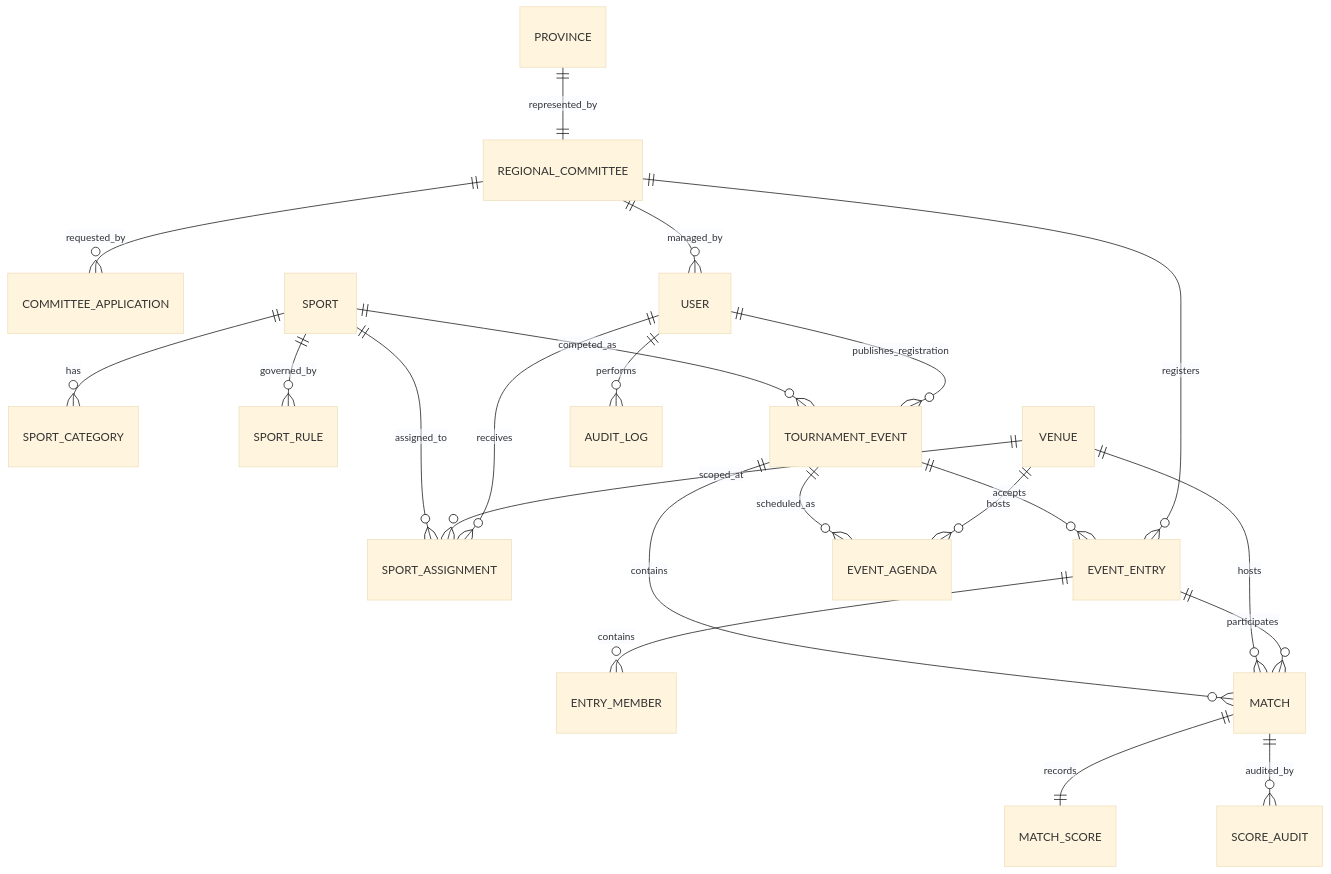
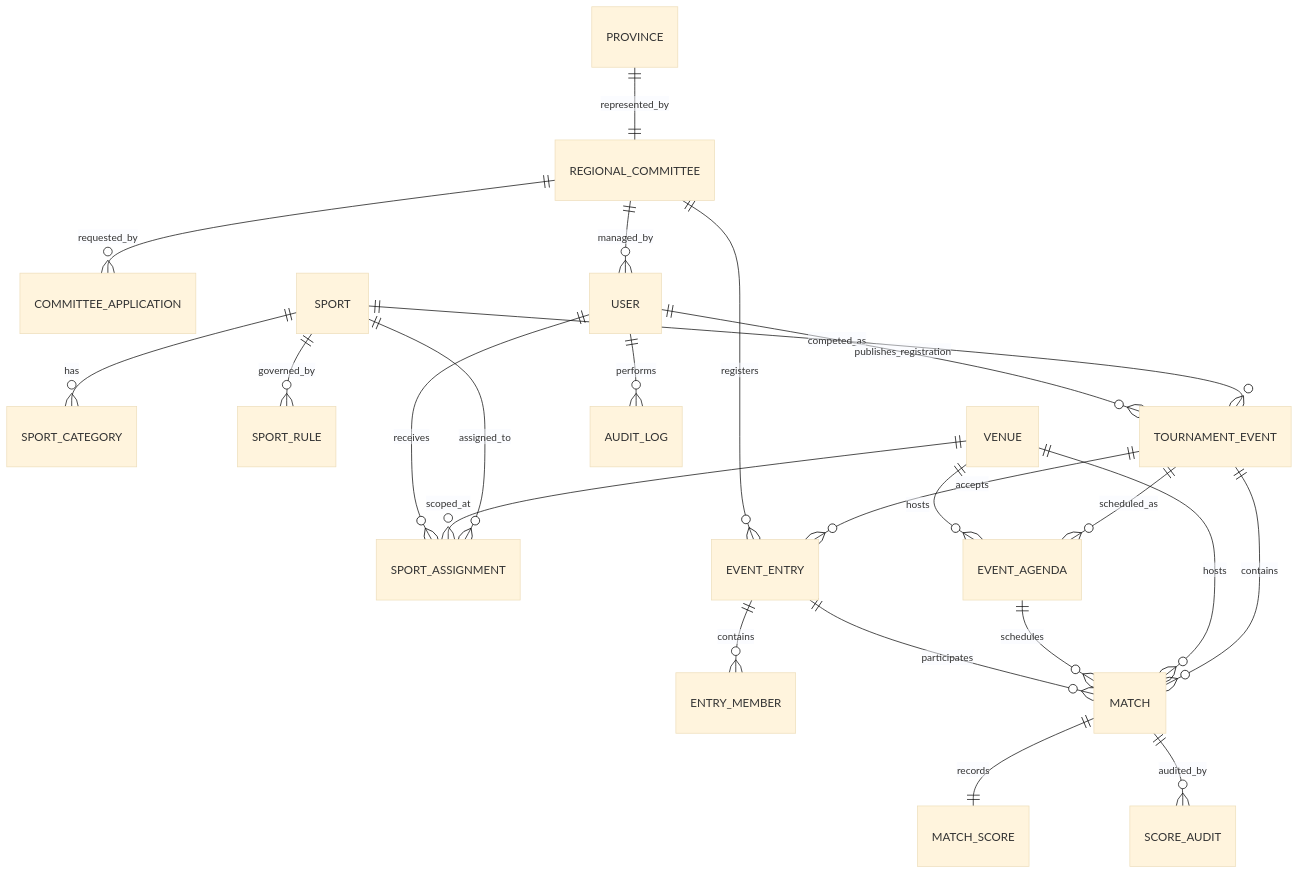
One commit to henry1224/sport-perpamsi changed the diagram in docs/02-data/erd.md. Above: the diagram before and after it, drawn with Mermaid (base theme). The commit also changed 24 other files, not shown here.

````diff
--- a/docs/02-data/erd.md
+++ b/docs/02-data/erd.md
@@ -3,24 +3,25 @@
 ```mermaid
 erDiagram
     PROVINCE ||--|| REGIONAL_COMMITTEE : represented_by
     REGIONAL_COMMITTEE ||--o{ COMMITTEE_APPLICATION : requested_by
     REGIONAL_COMMITTEE ||--o{ USER : managed_by
     SPORT ||--o{ SPORT_CATEGORY : has
     SPORT ||--o{ SPORT_RULE : governed_by
     SPORT ||--o{ TOURNAMENT_EVENT : competed_as
     USER ||--o{ TOURNAMENT_EVENT : publishes_registration
     SPORT ||--o{ SPORT_ASSIGNMENT : assigned_to
     VENUE ||--o{ SPORT_ASSIGNMENT : scoped_at
     USER ||--o{ SPORT_ASSIGNMENT : receives
     TOURNAMENT_EVENT ||--o{ EVENT_ENTRY : accepts
     REGIONAL_COMMITTEE ||--o{ EVENT_ENTRY : registers
     EVENT_ENTRY ||--o{ ENTRY_MEMBER : contains
     TOURNAMENT_EVENT ||--o{ EVENT_AGENDA : scheduled_as
     VENUE ||--o{ EVENT_AGENDA : hosts
     TOURNAMENT_EVENT ||--o{ MATCH : contains
-    VENUE ||--o{ MATCH : hosts
+VENUE ||--o{ MATCH : hosts
+EVENT_AGENDA ||--o{ MATCH : schedules
     EVENT_ENTRY ||--o{ MATCH : participates
     MATCH ||--|| MATCH_SCORE : records
     MATCH ||--o{ SCORE_AUDIT : audited_by
     USER ||--o{ AUDIT_LOG : performs
 ```
````
